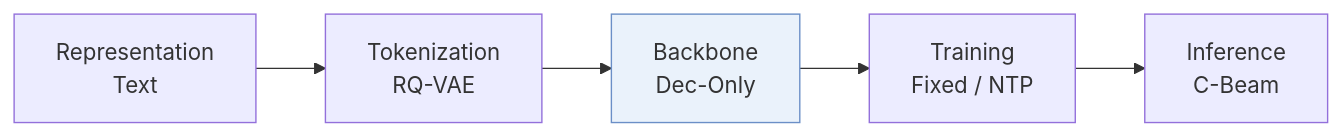
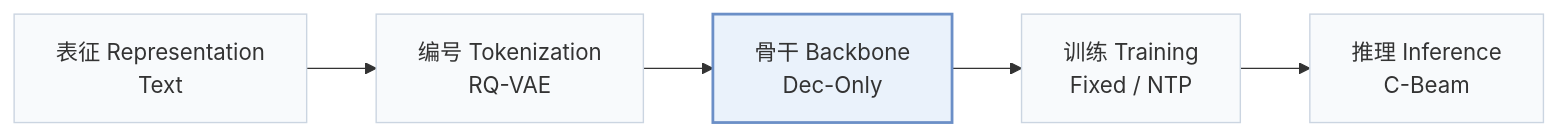
The first of 2 diagrams in pages/zh/papers/merge-and-branch.md (Galaxy-ghost/Awesome-SID-Generative-Rec), drawn with Mermaid before and after one commit. The commit also changed other lines of this file and 649 other files, not shown here.

Commit message:
writer-05: also tags and modality index (schema, check, build, visuals); summary field removed; calibration data for 12 papers

````diff
--- a/pages/zh/papers/merge-and-branch.md
+++ b/pages/zh/papers/merge-and-branch.md
@@ -13,6 +15,8 @@
 ```mermaid
 flowchart LR
-    R["Representation<br/>Text"] --> T["Tokenization<br/>RQ-VAE"] --> B["Backbone<br/>Dec-Only"] --> TR["Training<br/>Fixed / NTP"] --> I["Inference<br/>C-Beam"]
-    classDef main fill:#eaf2fb,stroke:#6b8fc7
+    R["表征 Representation<br/>Text"] --> T["编号 Tokenization<br/>RQ-VAE"] --> B["骨干 Backbone<br/>Dec-Only"] --> TR["训练 Training<br/>Fixed / NTP"] --> I["推理 Inference<br/>C-Beam"]
+    classDef base fill:#f8fafc,stroke:#cbd5e1
+    class R,T,B,TR,I base
+    classDef main fill:#eaf2fb,stroke:#6b8fc7,stroke-width:2px
     class B main
 ```
````
